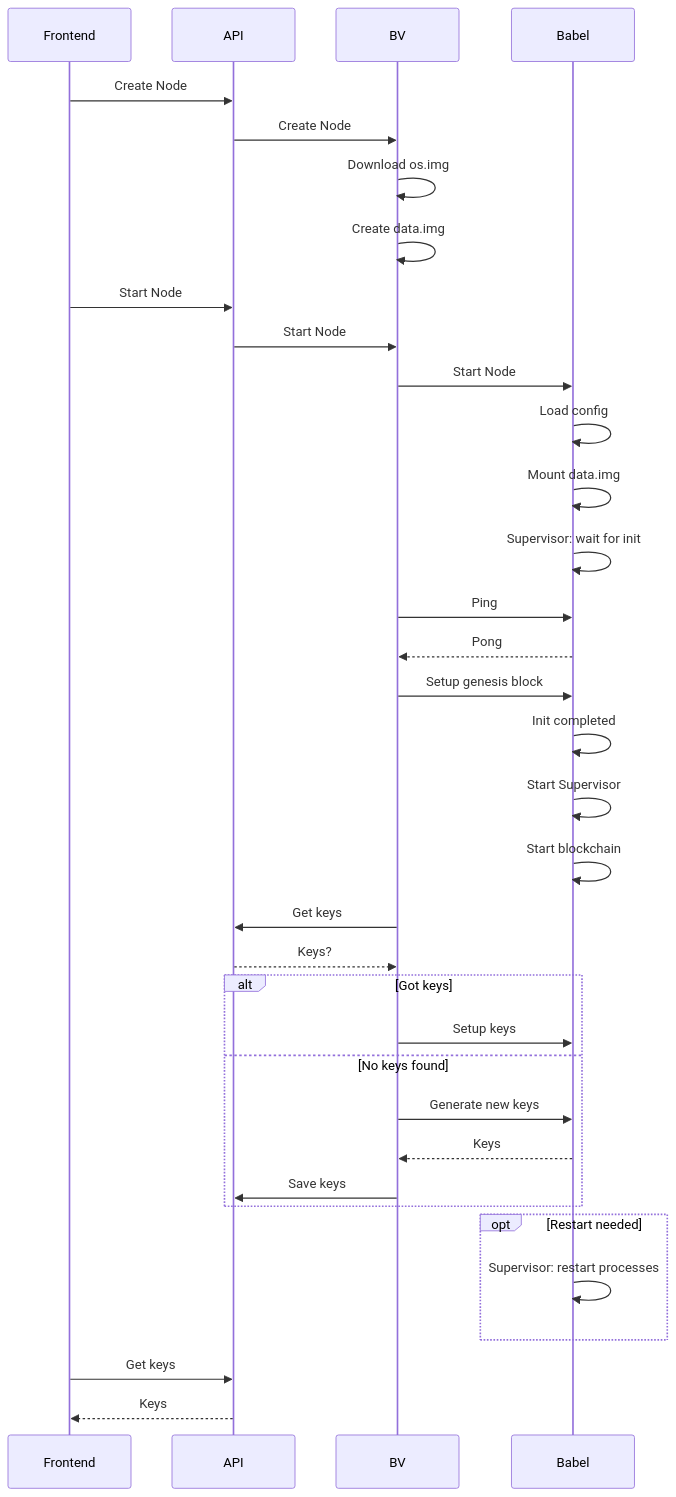
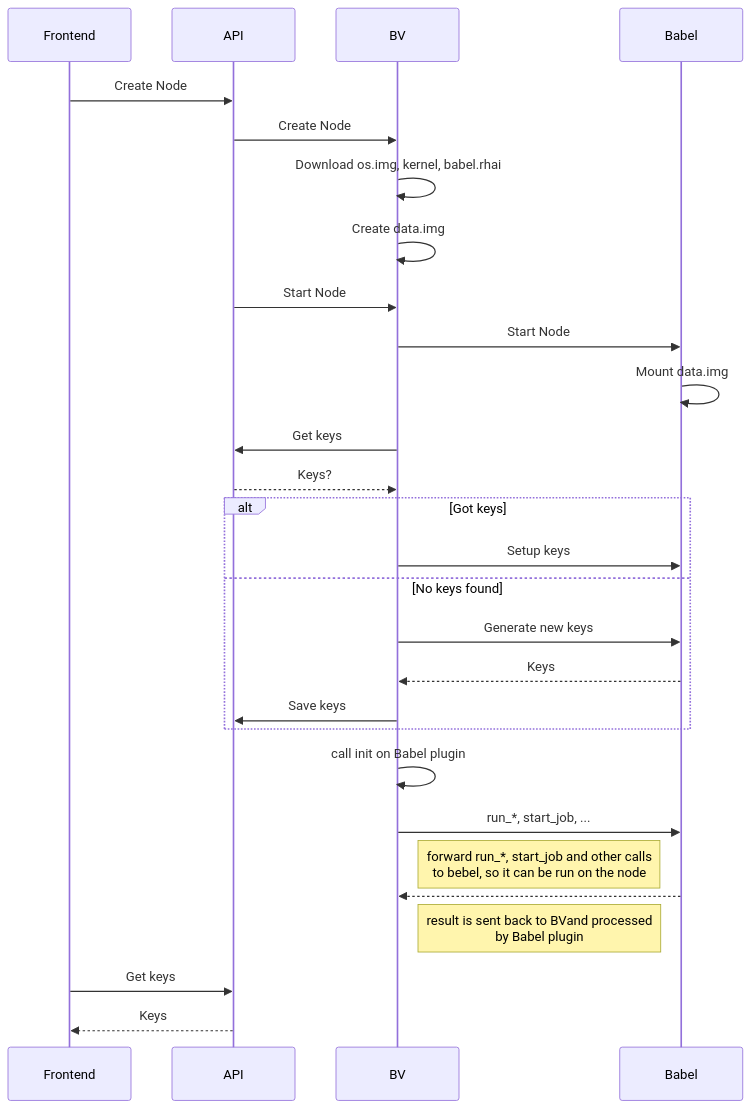
One commit to blockjoy/blockvisor changed the third of 7 diagrams in README.md. Above: the diagram before and after it, drawn with Mermaid. The commit also changed other lines of this file and 4 other files, not shown here.

````diff
--- a/README.md
+++ b/README.md
@@ -125,44 +131,36 @@
 ```mermaid
 sequenceDiagram
     participant frontend as Frontend
     participant backend as API
     participant bv as BV
     participant babel as Babel
 
     frontend ->> backend: Create Node
     backend ->> bv: Create Node
-    bv ->> bv: Download os.img
+    bv ->> bv: Download os.img, kernel, babel.rhai
     bv ->> bv: Create data.img
 
-    frontend ->> backend: Start Node
     backend ->> bv: Start Node
 
     bv ->> babel: Start Node
-    babel ->> babel: Load config
     babel ->> babel: Mount data.img
-    babel ->> babel: Supervisor: wait for init
-
-    bv ->> babel: Ping
-    babel -->> bv: Pong
-    bv ->> babel: Setup genesis block
-    babel ->> babel: Init completed
-    babel ->> babel: Start Supervisor
-    babel ->> babel: Start blockchain
 
     bv ->> backend: Get keys
     backend -->> bv: Keys?
     alt Got keys
         bv ->> babel: Setup keys
     else No keys found
         bv ->> babel: Generate new keys
         babel -->> bv: Keys
         bv ->> backend: Save keys
     end
 
-    opt Restart needed
-        babel ->> babel: Supervisor: restart processes
-    end
-
+    bv ->> bv: call init on Babel plugin  
+    bv ->> babel: run_*, start_job, ...
+    Note right of bv: forward run_*, start_job and other calls<br> to bebel, so it can be run on the node
+    babel -->> bv: 
+    Note right of bv: result is sent back to BVand processed<br>  by Babel plugin 
+    
     frontend ->> backend: Get keys
     backend -->> frontend: Keys
 ```
````
